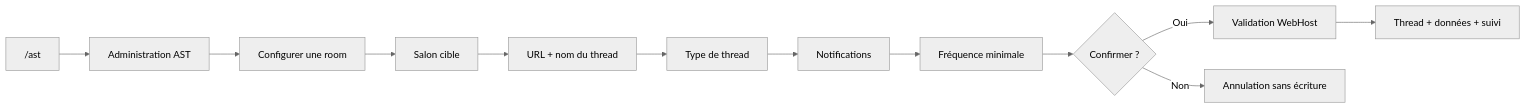
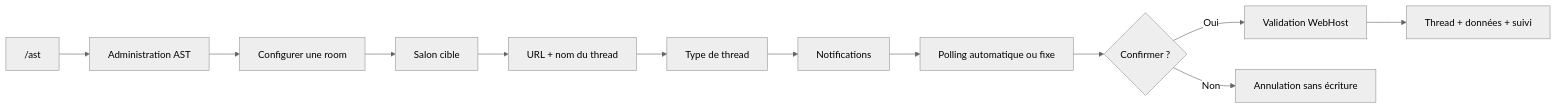
Before and after one commit to Etsuna/ArchipelagoSphereTracker: the fourth of 6 diagrams in wiki/Room-tracking.md, drawn with Mermaid (neutral theme). The commit also changed other lines of this file and 29 other files, not shown here.

````diff
--- a/wiki/Room-tracking.md
+++ b/wiki/Room-tracking.md
@@ -124,14 +128,14 @@
 ```mermaid
 flowchart LR
     A["/ast"] --> B["Administration AST"]
     B --> C["Configurer une room"]
     C --> D["Salon cible"]
     D --> E["URL + nom du thread"]
     E --> F["Type de thread"]
     F --> G["Notifications"]
-    G --> H["Fréquence minimale"]
+    G --> H["Polling automatique ou fixe"]
     H --> I{"Confirmer ?"}
     I -->|Oui| J["Validation WebHost"]
     J --> K["Thread + données + suivi"]
     I -->|Non| L["Annulation sans écriture"]
 ```
````
